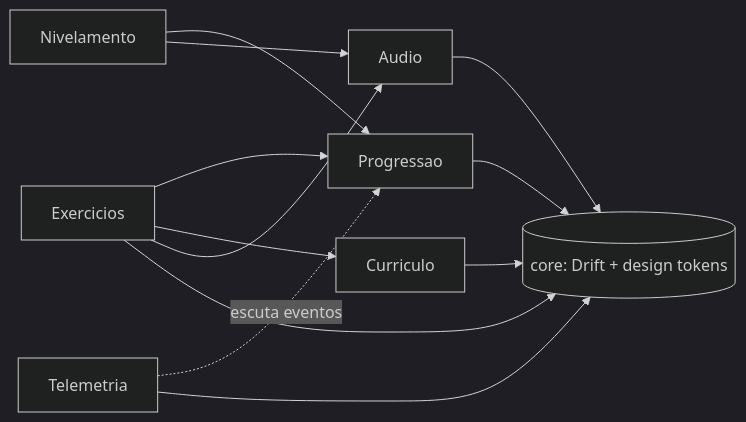
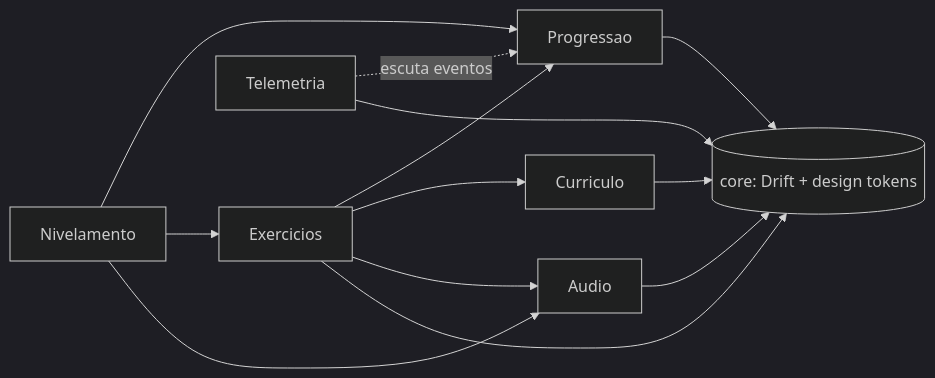
The second of 2 diagrams in _bmad-output/planning-artifacts/architecture/architecture-CatEar-2026-08-26/ARCHITECTURE-SPINE.md (Lucas5511/CatEar), drawn with Mermaid (dark theme) before and after one commit. The commit also changed other lines of this file and 19 other files, not shown here.

````diff
--- a/_bmad-output/planning-artifacts/architecture/architecture-CatEar-2026-08-26/ARCHITECTURE-SPINE.md
+++ b/_bmad-output/planning-artifacts/architecture/architecture-CatEar-2026-08-26/ARCHITECTURE-SPINE.md
@@ -113,14 +115,15 @@
 ```mermaid
 graph LR
   Nivelamento --> Progressao
+  Nivelamento --> Exercicios
   Exercicios --> Progressao
   Exercicios --> Curriculo
   Exercicios --> Audio
   Nivelamento --> Audio
   Progressao --> Core[(core: Drift + design tokens)]
   Exercicios --> Core
   Curriculo --> Core
   Audio --> Core
   Telemetria -.escuta eventos.-> Progressao
   Telemetria --> Core
 ```
````
